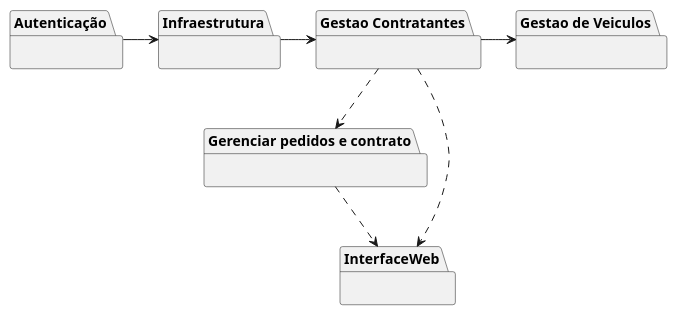
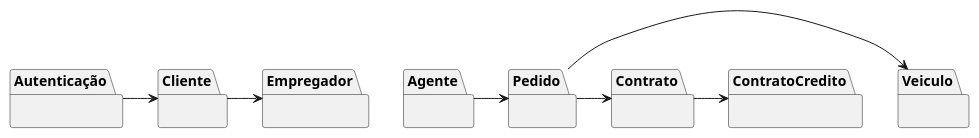
One commit to lucasxae/RentCarSystem changed the diagram in Projeto/Diagrama de Pacotes/diagramaDePacote.puml. Above: the diagram before and after it, drawn with PlantUML.

Commit message:
arrumando diagrama de pacote

```diff
--- a/Projeto/Diagrama de Pacotes/diagramaDePacote.puml
+++ b/Projeto/Diagrama de Pacotes/diagramaDePacote.puml
@@ -1,26 +1,32 @@
 @startuml
 package "Autenticação" {
 }
 
-package "Infraestrutura" {
+package "Cliente" {
 }
 
-package "Gestao Contratantes" {
+package "Agente" {
 }
 
-package "Gestao de Veiculos" {
+package "Empregador" {
 }
 
-package "Gerenciar pedidos e contrato" {
+package "Pedido" {
 }
 
-package "InterfaceWeb" {
+package "Veiculo" {
 }
 
-"Autenticação" -> "Infraestrutura"
-"Infraestrutura" -> "Gestao Contratantes"
-"Gestao Contratantes" -> "Gestao de Veiculos"
-"Gestao Contratantes" ..> "Gerenciar pedidos e contrato"
-"Gerenciar pedidos e contrato" ..> "InterfaceWeb"
-"Gestao Contratantes" ..> "InterfaceWeb"
+package "Contrato" {
+}
+
+package "ContratoCredito" {
+}
+
+"Autenticação" -> "Cliente"
+"Agente" -> "Pedido"
+"Pedido" -> "Veiculo"
+"Pedido" -> "Contrato"
+"Contrato" -> "ContratoCredito"
+"Cliente" -> "Empregador"
 @enduml
```
